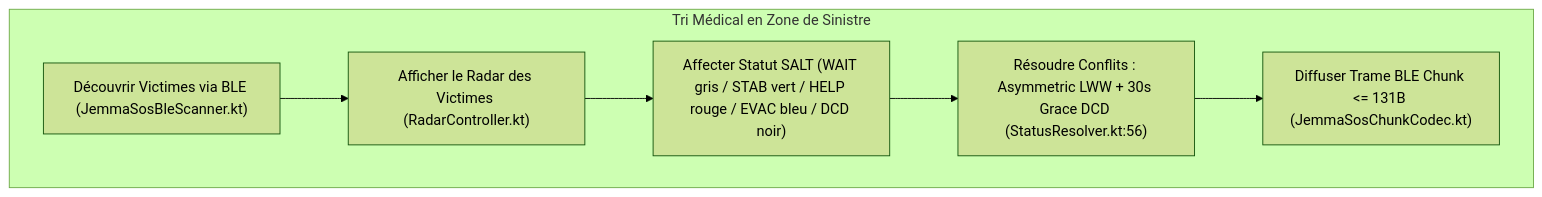
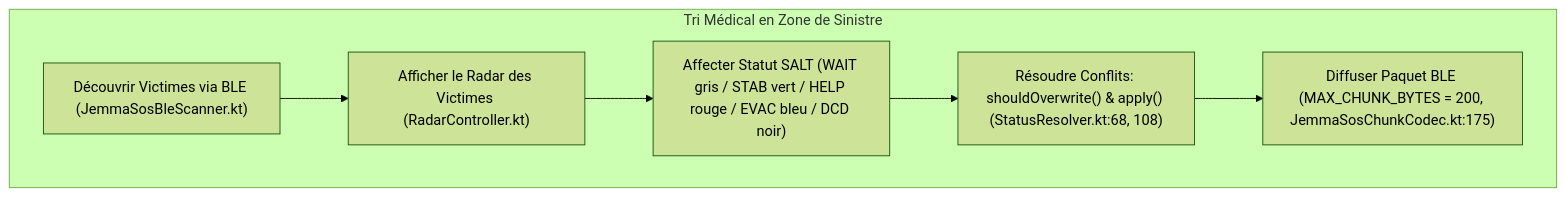
The fourth of 21 diagrams in docs/DOCUMENTATION_UML_FONCTIONNELLE.md (kurodohenroonsen/JemmaPass), drawn with Mermaid (forest theme) before and after one commit. The commit also changed other lines of this file and 1 other file, not shown here.

````diff
--- a/docs/DOCUMENTATION_UML_FONCTIONNELLE.md
+++ b/docs/DOCUMENTATION_UML_FONCTIONNELLE.md
@@ -195,15 +196,15 @@
 ```mermaid
 flowchart TD
     subgraph Triage_SALT ["Tri Médical en Zone de Sinistre"]
         DISC["Découvrir Victimes via BLE (JemmaSosBleScanner.kt)"]
         RADAR["Afficher le Radar des Victimes (RadarController.kt)"]
         ASSIGN["Affecter Statut SALT (WAIT gris / STAB vert / HELP rouge / EVAC bleu / DCD noir)"]
-        RESOLVE["Résoudre Conflits : Asymmetric LWW + 30s Grace DCD (StatusResolver.kt:56)"]
-        BROADCAST["Diffuser Trame BLE Chunk <= 131B (JemmaSosChunkCodec.kt)"]
+        RESOLVE["Résoudre Conflits: shouldOverwrite() & apply() (StatusResolver.kt:68, 108)"]
+        BROADCAST["Diffuser Paquet BLE (MAX_CHUNK_BYTES = 200, JemmaSosChunkCodec.kt:175)"]
     end
 
     DISC --> RADAR
     RADAR --> ASSIGN
     ASSIGN --> RESOLVE
     RESOLVE --> BROADCAST
 ```
````
